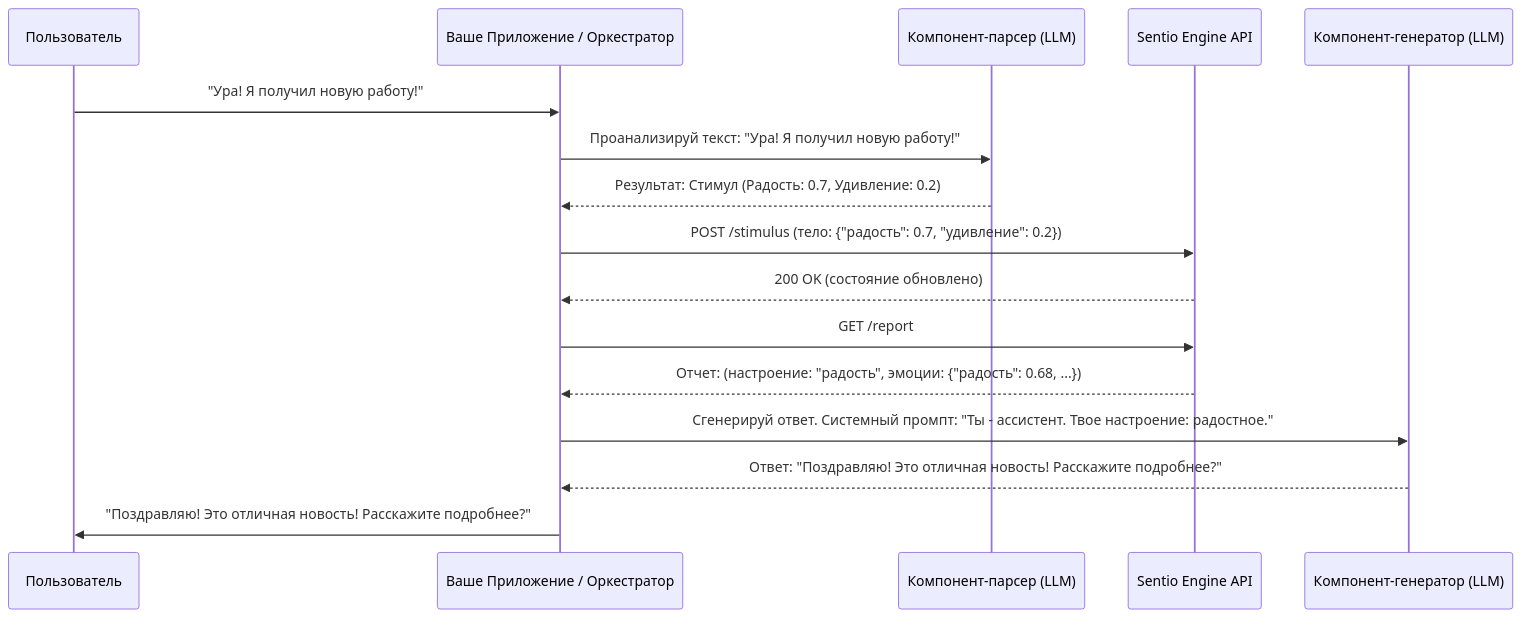
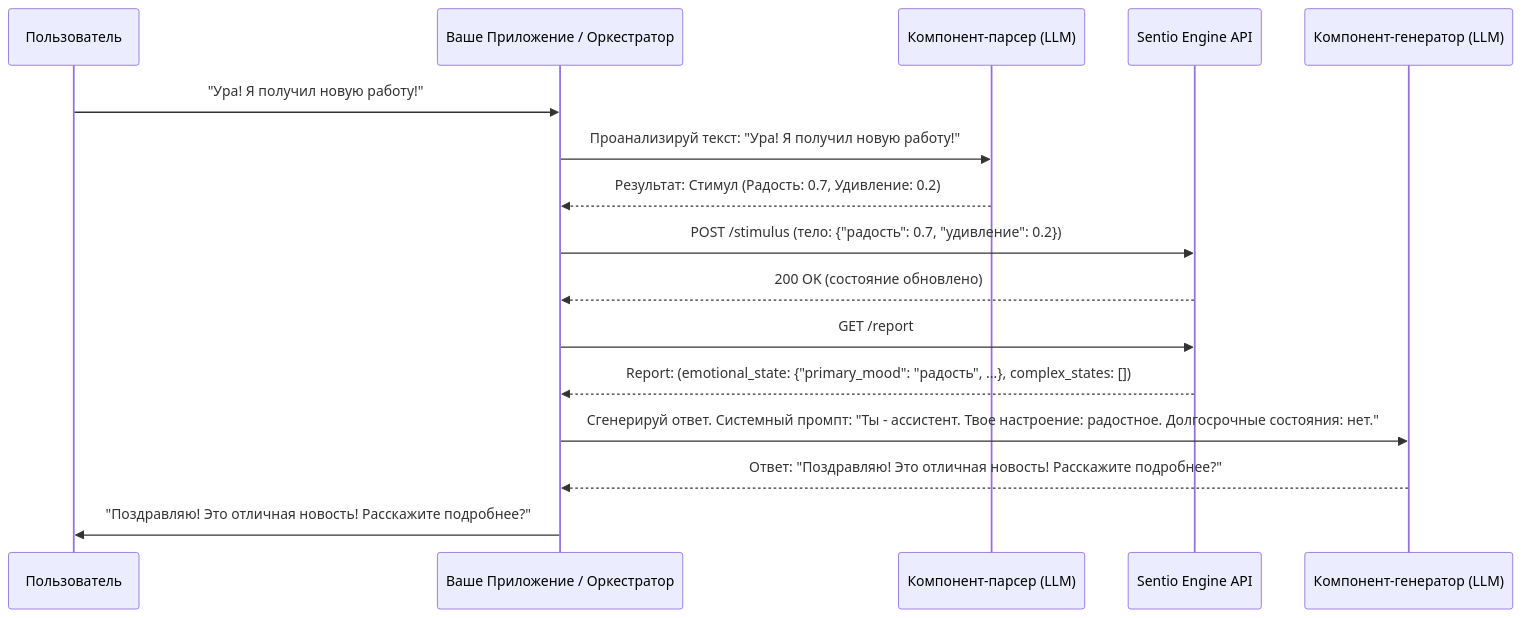
One commit to Lotargo/Conductor_bot changed the diagram in answers_from_jules/interaction_flow.ru.md. Above: the diagram before and after it, drawn with Mermaid. The commit also changed other lines of this file and 7 other files, not shown here.

First line of the commit message:
feat: Implement Complex Emotional States Engine

````diff
--- a/answers_from_jules/interaction_flow.ru.md
+++ b/answers_from_jules/interaction_flow.ru.md
@@ -20,21 +20,21 @@
 ```mermaid
 sequenceDiagram
     participant User as Пользователь
     participant App as Ваше Приложение / Оркестратор
     participant Parser as Компонент-парсер (LLM)
     participant Sentio as Sentio Engine API
     participant Generator as Компонент-генератор (LLM)
 
     User->>App: "Ура! Я получил новую работу!"
     App->>Parser: Проанализируй текст: "Ура! Я получил новую работу!"
     Parser-->>App: Результат: Стимул (Радость: 0.7, Удивление: 0.2)
     App->>Sentio: POST /stimulus (тело: {"радость": 0.7, "удивление": 0.2})
     Sentio-->>App: 200 OK (состояние обновлено)
 
     App->>Sentio: GET /report
-    Sentio-->>App: Отчет: (настроение: "радость", эмоции: {"радость": 0.68, ...})
-    App->>Generator: Сгенерируй ответ. Cистемный промпт: "Ты - ассистент. Твое настроение: радостное."
+    Sentio-->>App: Report: (emotional_state: {"primary_mood": "радость", ...}, complex_states: [])
+    App->>Generator: Сгенерируй ответ. Cистемный промпт: "Ты - ассистент. Твое настроение: радостное. Долгосрочные состояния: нет."
     Generator-->>App: Ответ: "Поздравляю! Это отличная новость! Расскажите подробнее?"
     App->>User: "Поздравляю! Это отличная новость! Расскажите подробнее?"
 
 ```
````
